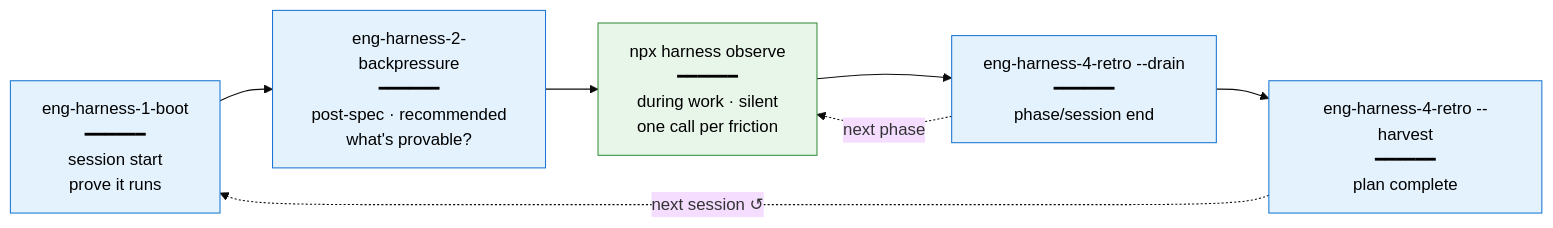
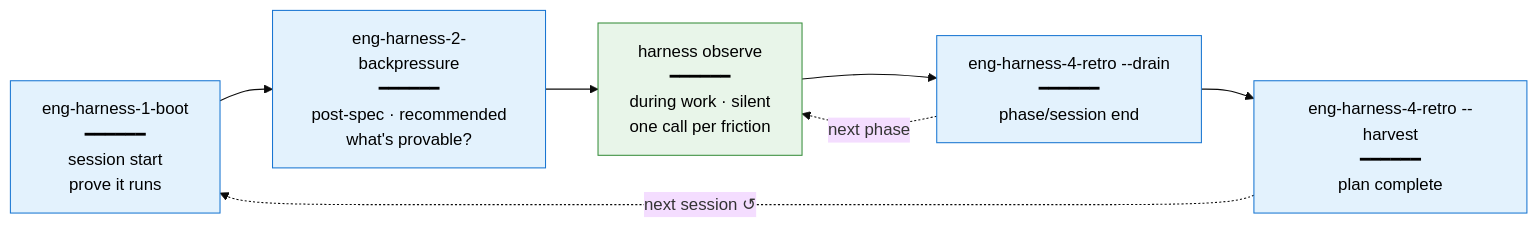
One commit to AI-Substrate/harness-engineering changed the second of 3 diagrams in skills/eng-harness-loop/eng-harness-flow/references/getting-started.md. Above: the diagram before and after it, drawn with Mermaid (base theme). The commit also changed other lines of this file and 108 other files, not shown here.

````diff
--- a/skills/eng-harness-loop/eng-harness-flow/references/getting-started.md
+++ b/skills/eng-harness-loop/eng-harness-flow/references/getting-started.md
@@ -95,15 +95,15 @@
 ```mermaid
 flowchart LR
     classDef manual fill:#e3f2fd,stroke:#1976d2,color:#000
     classDef auto fill:#e8f5e9,stroke:#388e3c,color:#000
 
     B["eng-harness-1-boot<br/>━━━━━━<br/>session start<br/>prove it runs"]:::manual
     BP["eng-harness-2-backpressure<br/>━━━━━━<br/>post-spec · recommended<br/>what's provable?"]:::manual
-    O["npx harness observe<br/>━━━━━━<br/>during work · silent<br/>one call per friction"]:::auto
+    O["harness observe<br/>━━━━━━<br/>during work · silent<br/>one call per friction"]:::auto
     D["eng-harness-4-retro --drain<br/>━━━━━━<br/>phase/session end"]:::manual
     H["eng-harness-4-retro --harvest<br/>━━━━━━<br/>plan complete"]:::manual
 
     B --> BP --> O --> D --> H
     D -.->|next phase| O
     H -.->|next session ↺| B
 ```
````
